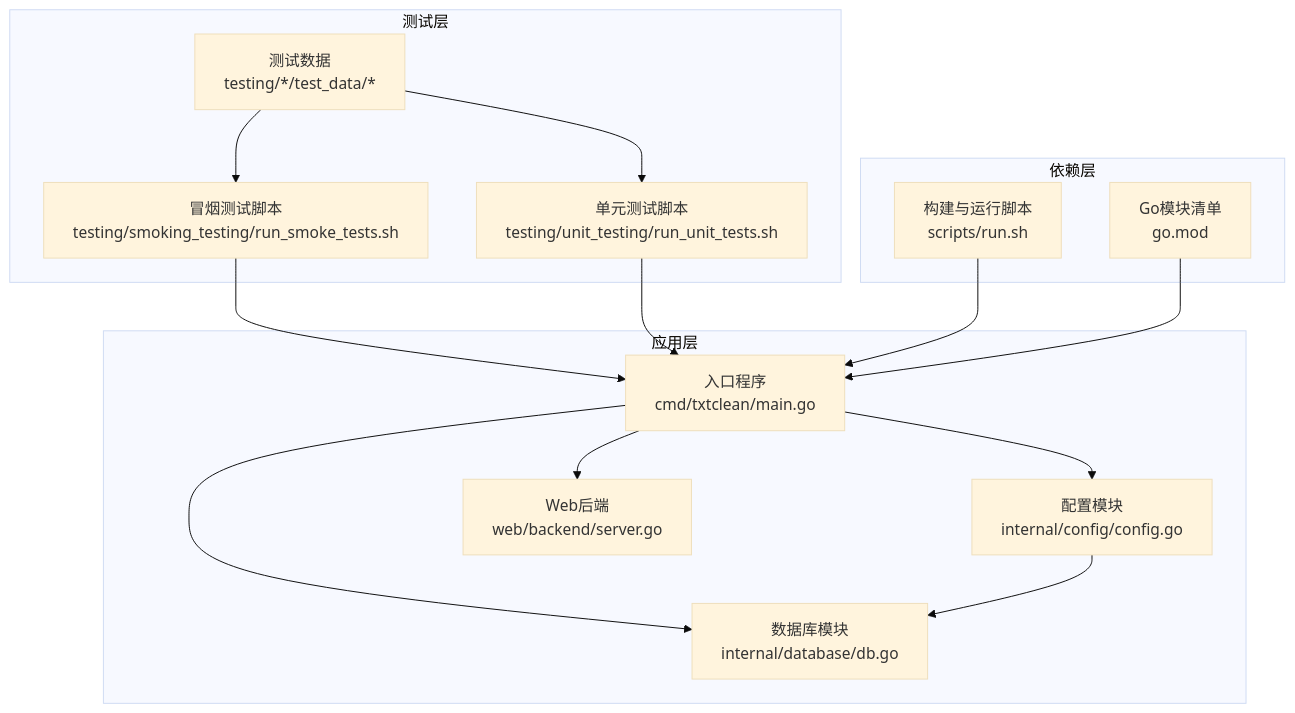
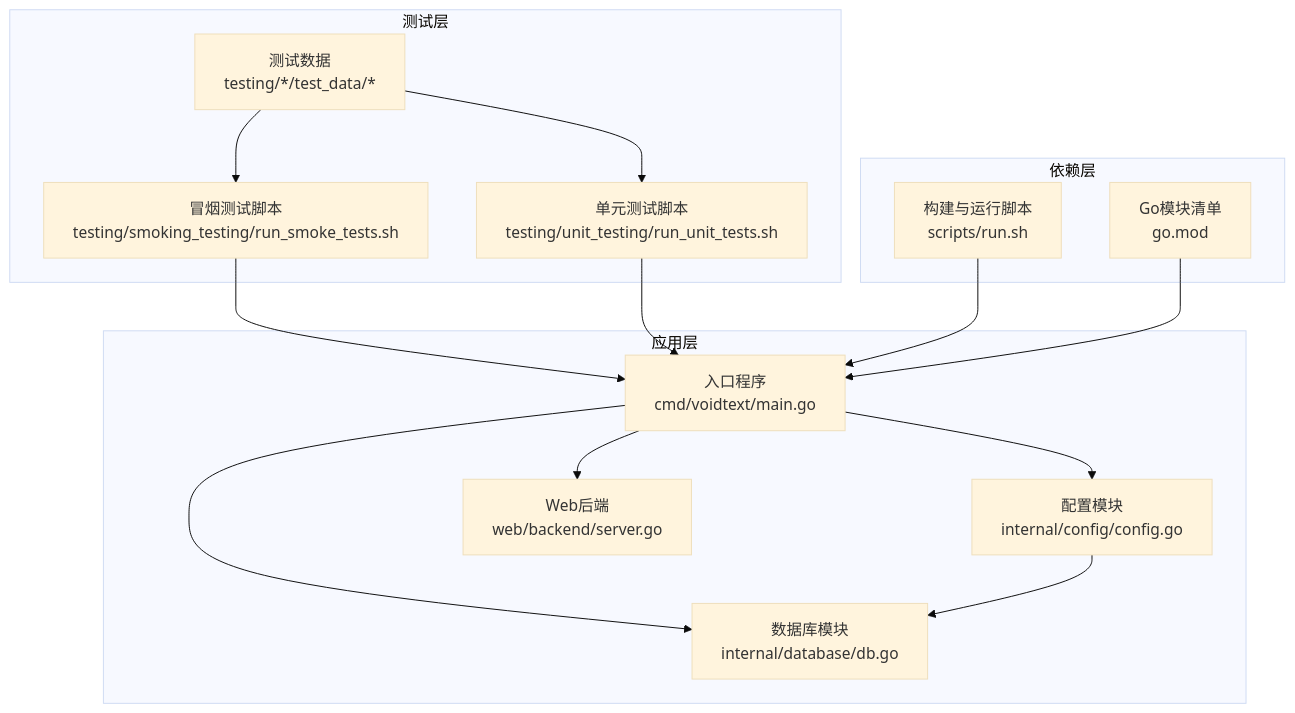
One commit to handy-h/VoidText changed the first of 8 diagrams in repowikis/测试策略/测试环境管理.md. Above: the diagram before and after it, drawn with Mermaid (base theme). The commit also changed other lines of this file and 101 other files, not shown here.

````diff
--- a/repowikis/测试策略/测试环境管理.md
+++ b/repowikis/测试策略/测试环境管理.md
@@ -54,28 +54,28 @@
 ```mermaid
 graph TB
 subgraph "测试层"
 SM["冒烟测试脚本<br/>testing/smoking_testing/run_smoke_tests.sh"]
 UT["单元测试脚本<br/>testing/unit_testing/run_unit_tests.sh"]
 SD["测试数据<br/>testing/*/test_data/*"]
 end
 subgraph "应用层"
-MAIN["入口程序<br/>cmd/txtclean/main.go"]
+MAIN["入口程序<br/>cmd/voidtext/main.go"]
 CFG["配置模块<br/>internal/config/config.go"]
 DB["数据库模块<br/>internal/database/db.go"]
 WEB["Web后端<br/>web/backend/server.go"]
 end
 subgraph "依赖层"
 MOD["Go模块清单<br/>go.mod"]
 RUN["构建与运行脚本<br/>scripts/run.sh"]
 end
 SM --> MAIN
 UT --> MAIN
 SD --> SM
 SD --> UT
 MAIN --> CFG
 MAIN --> DB
 MAIN --> WEB
 CFG --> DB
 RUN --> MAIN
 MOD --> MAIN
 ```
````
